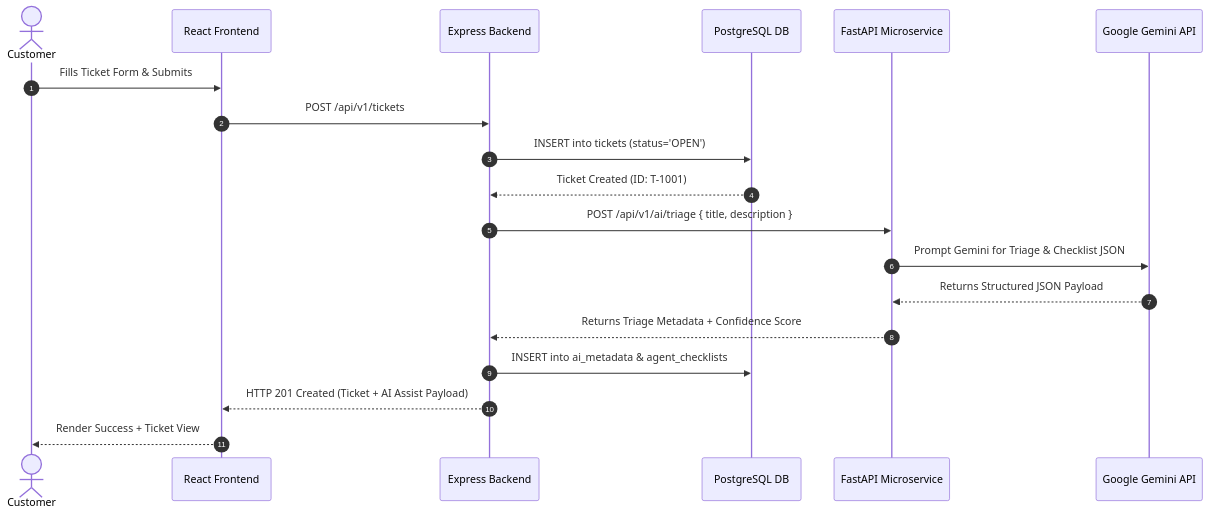
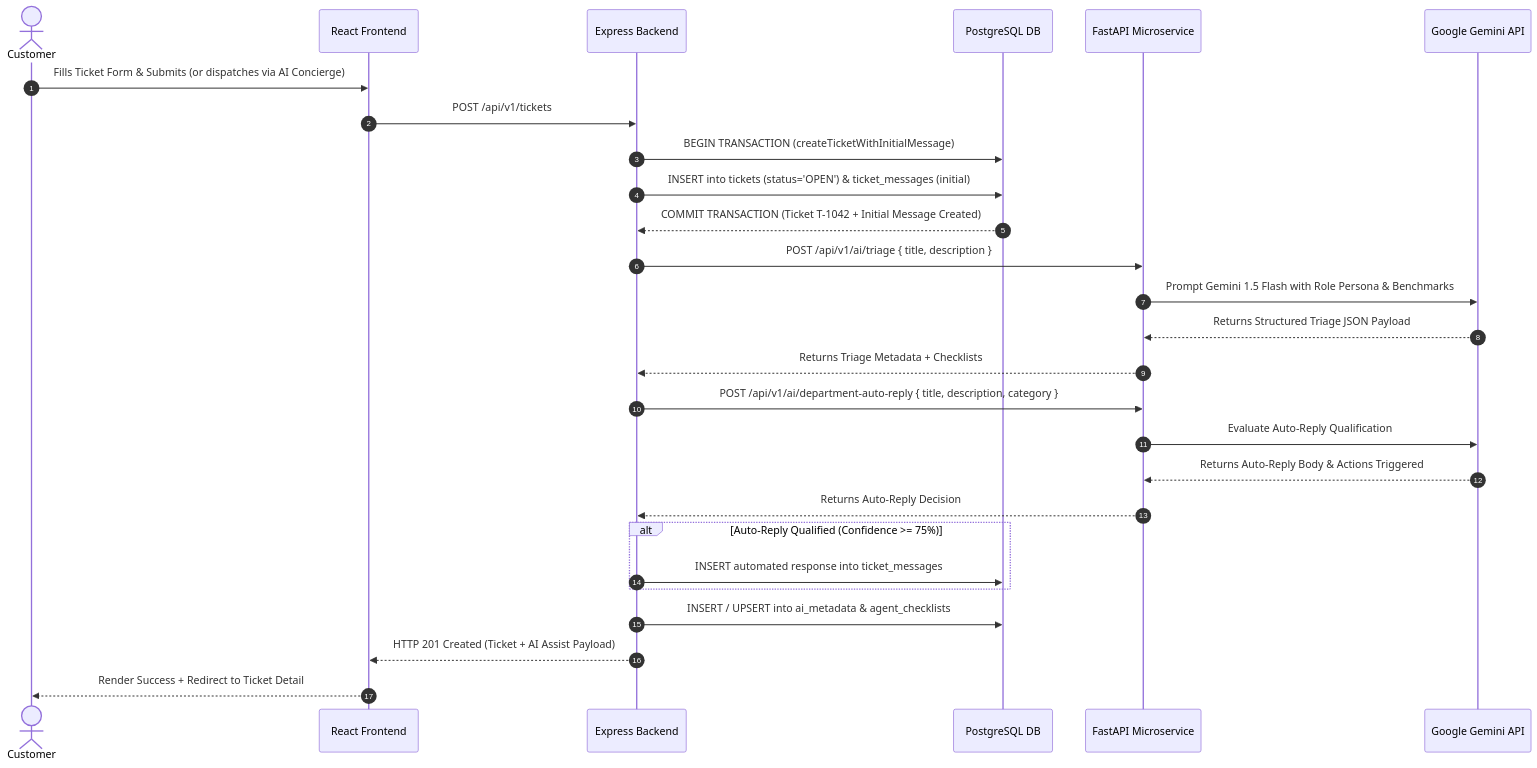
The third of 4 diagrams in docs/04_SYSTEM_ARCHITECTURE_AND_DESIGN.md (ByteLounge/SupportSenseAI), drawn with Mermaid before and after one commit. The commit also changed other lines of this file and 17 other files, not shown here.

````diff
--- a/docs/04_SYSTEM_ARCHITECTURE_AND_DESIGN.md
+++ b/docs/04_SYSTEM_ARCHITECTURE_AND_DESIGN.md
@@ -165,24 +189,34 @@
 ```mermaid
 sequenceDiagram
     autonumber
     actor Customer
     participant FE as React Frontend
     participant BE as Express Backend
     participant DB as PostgreSQL DB
     participant AI as FastAPI Microservice
     participant GEM as Google Gemini API
 
-    Customer->>FE: Fills Ticket Form & Submits
+    Customer->>FE: Fills Ticket Form & Submits (or dispatches via AI Concierge)
     FE->>BE: POST /api/v1/tickets
-    BE->>DB: INSERT into tickets (status='OPEN')
-    DB-->>BE: Ticket Created (ID: T-1001)
+    BE->>DB: BEGIN TRANSACTION (createTicketWithInitialMessage)
+    BE->>DB: INSERT into tickets (status='OPEN') & ticket_messages (initial)
+    DB-->>BE: COMMIT TRANSACTION (Ticket T-1042 + Initial Message Created)
 
     BE->>AI: POST /api/v1/ai/triage { title, description }
-    AI->>GEM: Prompt Gemini for Triage & Checklist JSON
-    GEM-->>AI: Returns Structured JSON Payload
-    AI-->>BE: Returns Triage Metadata + Confidence Score
+    AI->>GEM: Prompt Gemini 1.5 Flash with Role Persona & Benchmarks
+    GEM-->>AI: Returns Structured Triage JSON Payload
+    AI-->>BE: Returns Triage Metadata + Checklists
 
-    BE->>DB: INSERT into ai_metadata & agent_checklists
+    BE->>AI: POST /api/v1/ai/department-auto-reply { title, description, category }
+    AI->>GEM: Evaluate Auto-Reply Qualification
+    GEM-->>AI: Returns Auto-Reply Body & Actions Triggered
+    AI-->>BE: Returns Auto-Reply Decision
+
+    alt Auto-Reply Qualified (Confidence >= 75%)
+        BE->>DB: INSERT automated response into ticket_messages
+    end
+
+    BE->>DB: INSERT / UPSERT into ai_metadata & agent_checklists
     BE-->>FE: HTTP 201 Created (Ticket + AI Assist Payload)
-    FE-->>Customer: Render Success + Ticket View
+    FE-->>Customer: Render Success + Redirect to Ticket Detail
 ```
````
